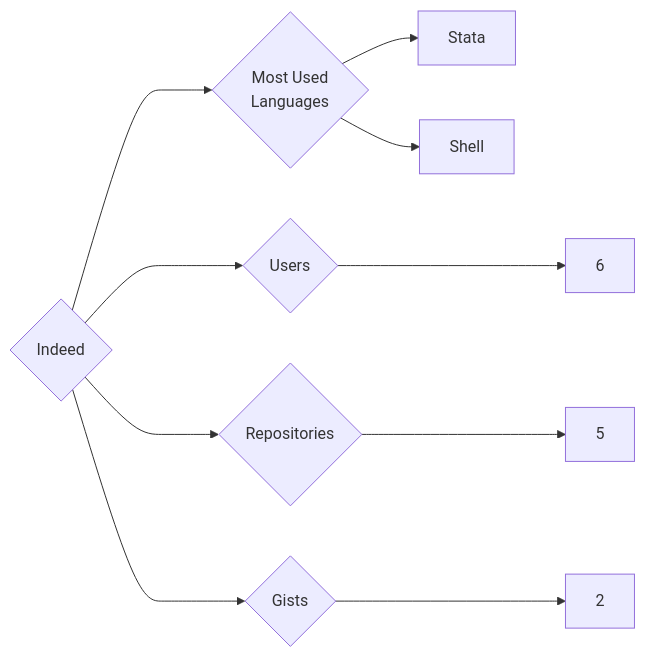
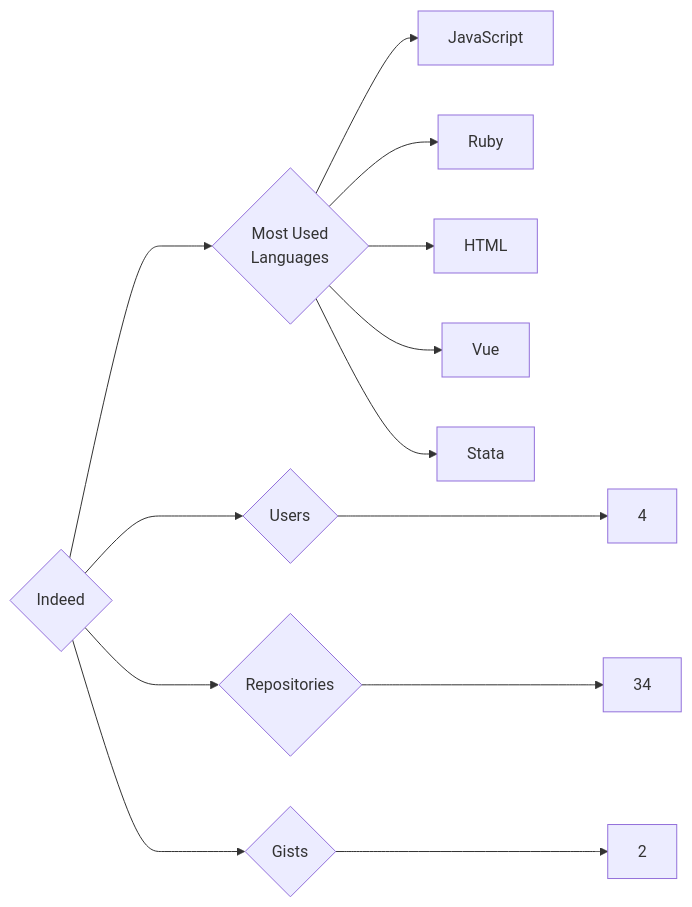
The diagram in targets/Indeed/README.md (trickest/insiders), drawn with Mermaid before and after one commit. The commit also changed 809 other files, not shown here.

````diff
--- a/targets/Indeed/README.md
+++ b/targets/Indeed/README.md
@@ -3,10 +3,13 @@
 ```mermaid
 graph LR
 COMPANY_NAME{Indeed}
-COMPANY_NAME ---> U{Users} ---> UN[6]
-COMPANY_NAME ---> R{Repositories} ---> RN[5]
+COMPANY_NAME ---> U{Users} ---> UN[4]
+COMPANY_NAME ---> R{Repositories} ---> RN[34]
 COMPANY_NAME ---> G{Gists} ---> GN[2]
 COMPANY_NAME ---> ML{Most Used<br>Languages}
+ML --> JavaScript[JavaScript]
+ML --> Ruby[Ruby]
+ML --> HTML[HTML]
+ML --> Vue[Vue]
 ML --> Stata[Stata]
-ML --> Shell[Shell]
 ```
````
